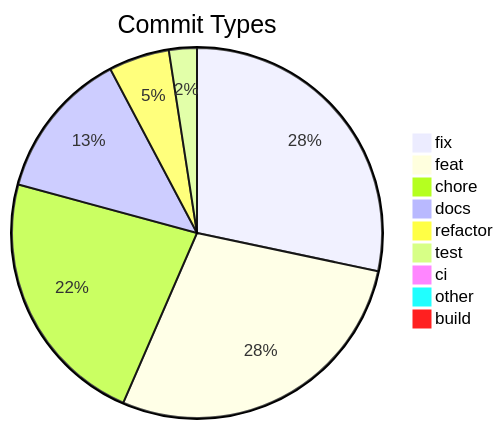
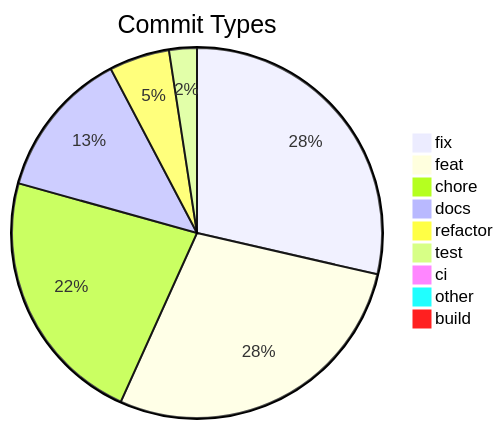
One commit to svenroth-ai/shipwright changed the diagram in .shipwright/compliance/change-history.md. Above: the diagram before and after it, drawn with Mermaid. The commit also changed other lines of this file and 20 other files, not shown here.

````diff
--- a/.shipwright/compliance/change-history.md
+++ b/.shipwright/compliance/change-history.md
@@ -8,12 +8,12 @@
 ```mermaid
 pie title Commit Types
-    "fix" : 267
-    "feat" : 266
+    "fix" : 271
+    "feat" : 267
     "chore" : 214
     "docs" : 123
     "refactor" : 50
     "test" : 23
     "ci" : 7
     "other" : 7
     "build" : 1
 ```
````
